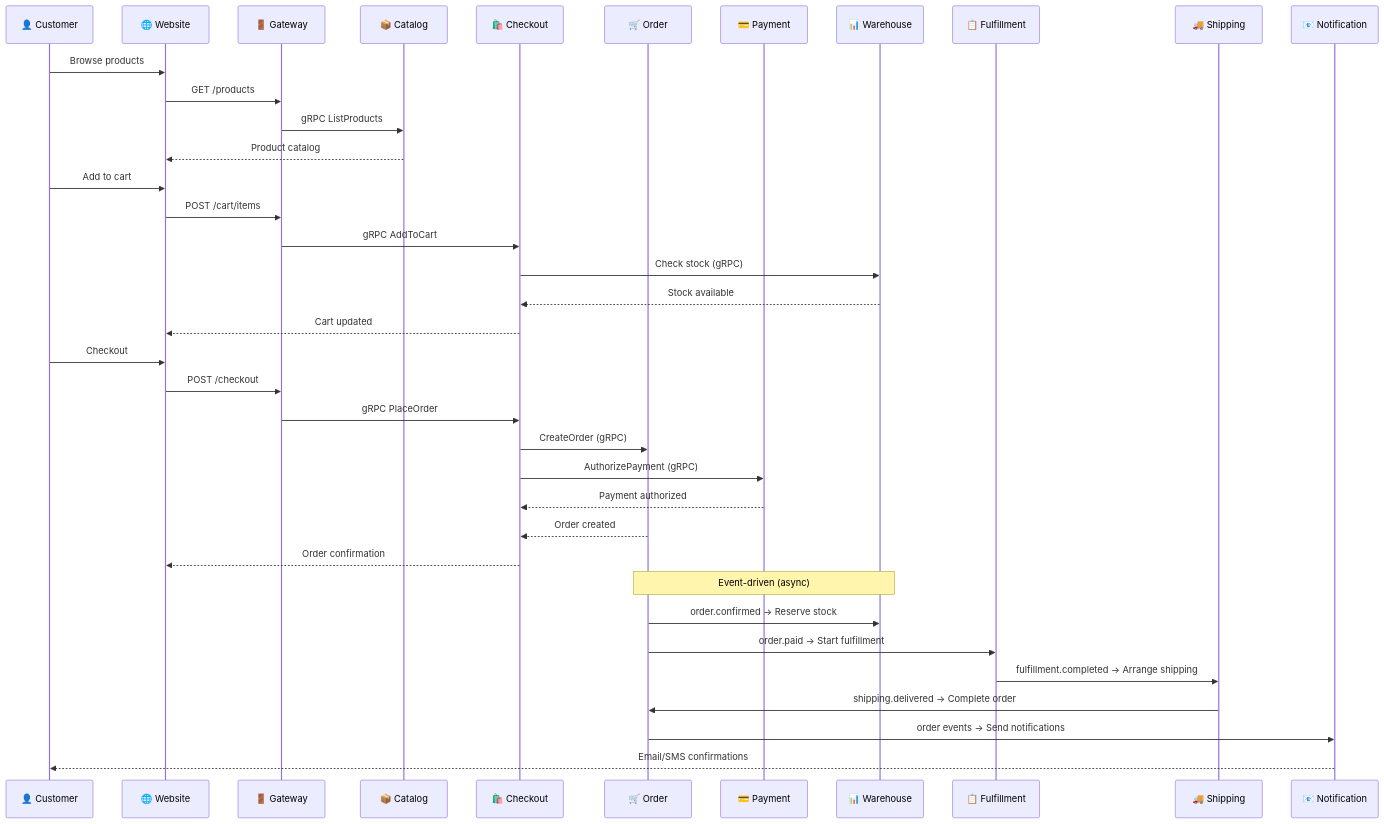
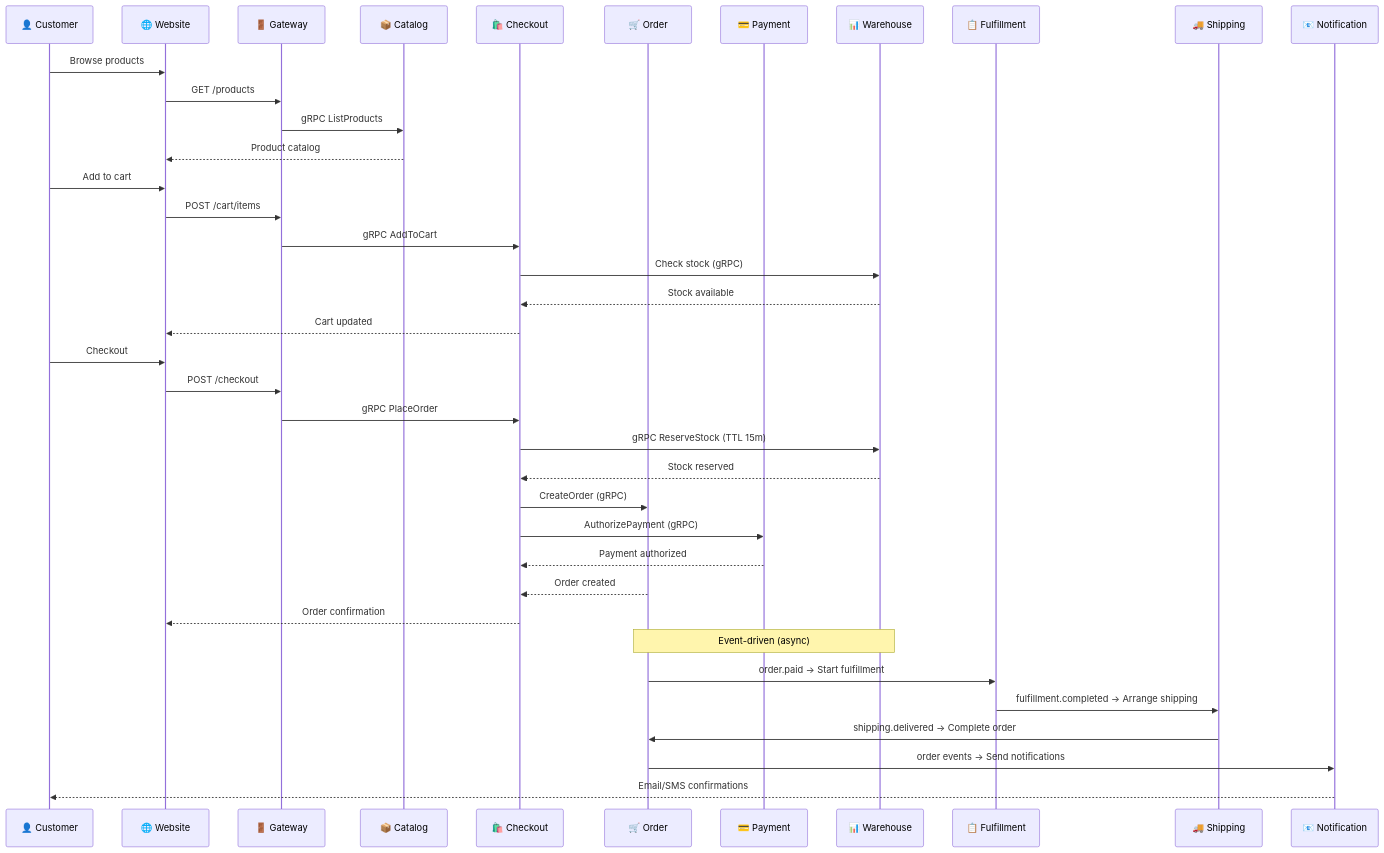
The second of 2 diagrams in 01-architecture/system-overview.md (vesviet/Composable-Commerce-Service-Architecture), drawn with Mermaid before and after one commit. The commit also changed 39 other files, not shown here.

First line of the commit message:
docs: multi-agent review for architecture, business-domains, and services

````diff
--- a/01-architecture/system-overview.md
+++ b/01-architecture/system-overview.md
@@ -157,44 +157,45 @@
 ```mermaid
 sequenceDiagram
     participant C as 👤 Customer
     participant W as 🌐 Website
     participant G as 🚪 Gateway
     participant CAT as 📦 Catalog
     participant CH as 🛍️ Checkout
     participant O as 🛒 Order
     participant P as 💳 Payment
     participant WH as 📊 Warehouse
     participant F as 📋 Fulfillment
     participant S as 🚚 Shipping
     participant N as 📧 Notification
     
     C->>W: Browse products
     W->>G: GET /products
     G->>CAT: gRPC ListProducts
     CAT-->>W: Product catalog
     
     C->>W: Add to cart
     W->>G: POST /cart/items
     G->>CH: gRPC AddToCart
     CH->>WH: Check stock (gRPC)
     WH-->>CH: Stock available
     CH-->>W: Cart updated
     
     C->>W: Checkout
     W->>G: POST /checkout
     G->>CH: gRPC PlaceOrder
+    CH->>WH: gRPC ReserveStock (TTL 15m)
+    WH-->>CH: Stock reserved
     CH->>O: CreateOrder (gRPC)
     CH->>P: AuthorizePayment (gRPC)
     P-->>CH: Payment authorized
     O-->>CH: Order created
     CH-->>W: Order confirmation
     
     Note over O,WH: Event-driven (async)
-    O->>WH: order.confirmed → Reserve stock
     O->>F: order.paid → Start fulfillment
     F->>S: fulfillment.completed → Arrange shipping
     S->>O: shipping.delivered → Complete order
     
     O->>N: order events → Send notifications
     N-->>C: Email/SMS confirmations
 ```
````
